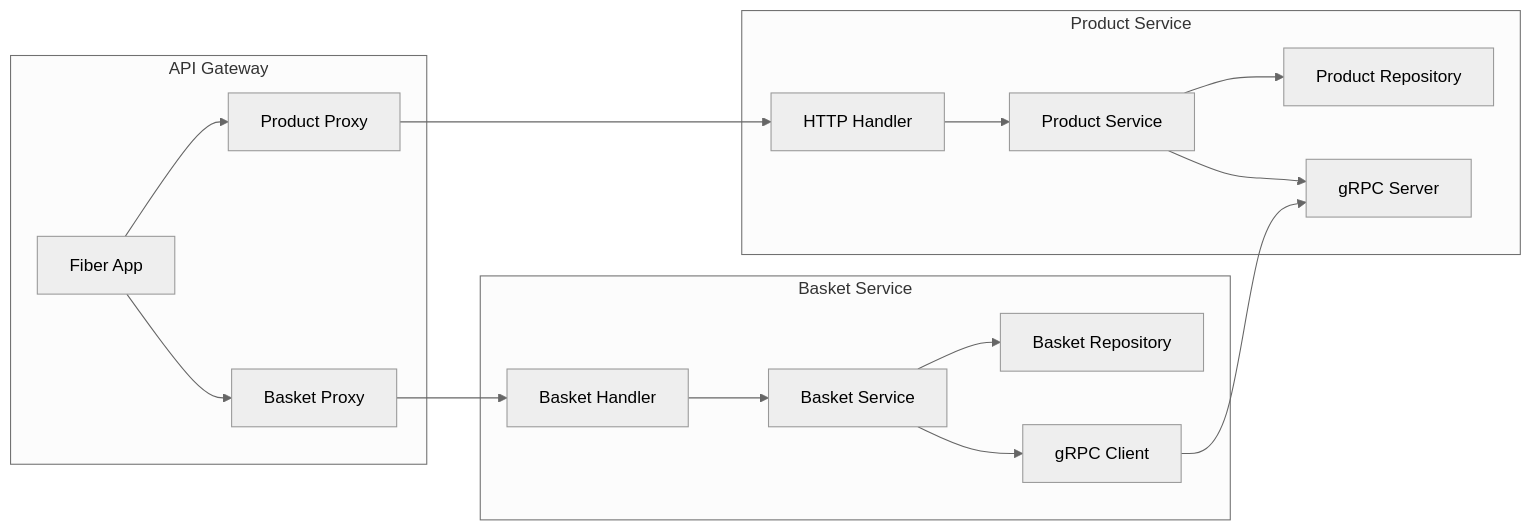
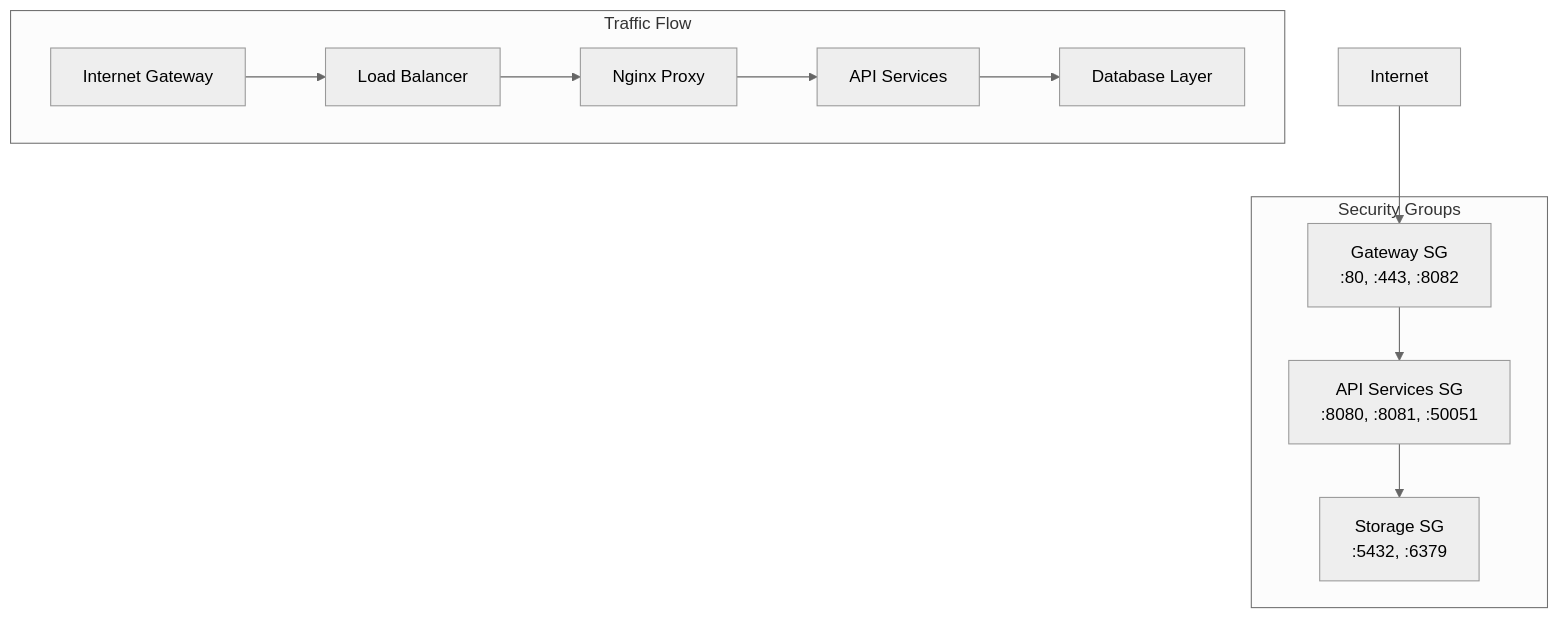
Before and after one commit to ozturkeniss/Multi-VM-Infrastructure: the fourth of 4 diagrams in README.md, drawn with Mermaid (neutral theme). The commit also changed other lines of this file and 24 other files, not shown here.

````diff
--- a/README.md
+++ b/README.md
@@ -38,34 +317,19 @@
 ```mermaid
-graph LR
-    subgraph "Product Service"
-        PH[HTTP Handler]
-        PS[Product Service]
-        PR[Product Repository]
-        PG[gRPC Server]
+graph TB
+    subgraph "Security Groups"
+        SGW[Gateway SG<br/>:80, :443, :8082]
+        SAPI[API Services SG<br/>:8080, :8081, :50051]
+        SDB[Storage SG<br/>:5432, :6379]
     end
     
-    subgraph "Basket Service"
-        BH[Basket Handler]
-        BS[Basket Service]
-        BR[Basket Repository]
-        BC[gRPC Client]
+    Internet --> SGW
+    SGW --> SAPI
+    SAPI --> SDB
+    
+    subgraph "Traffic Flow"
+        IGW[Internet Gateway] --> ALB[Load Balancer]
+        ALB --> NGX[Nginx Proxy]
+        NGX --> API[API Services]
+        API --> DB[Database Layer]
     end
-    
-    subgraph "API Gateway"
-        AG[Fiber App]
-        AP[Product Proxy]
-        AB[Basket Proxy]
-    end
-    
-    PH --> PS
-    PS --> PR
-    PS --> PG
-    BH --> BS
-    BS --> BR
-    BS --> BC
-    BC --> PG
-    AG --> AP
-    AG --> AB
-    AP --> PH
-    AB --> BH
 ```
````
